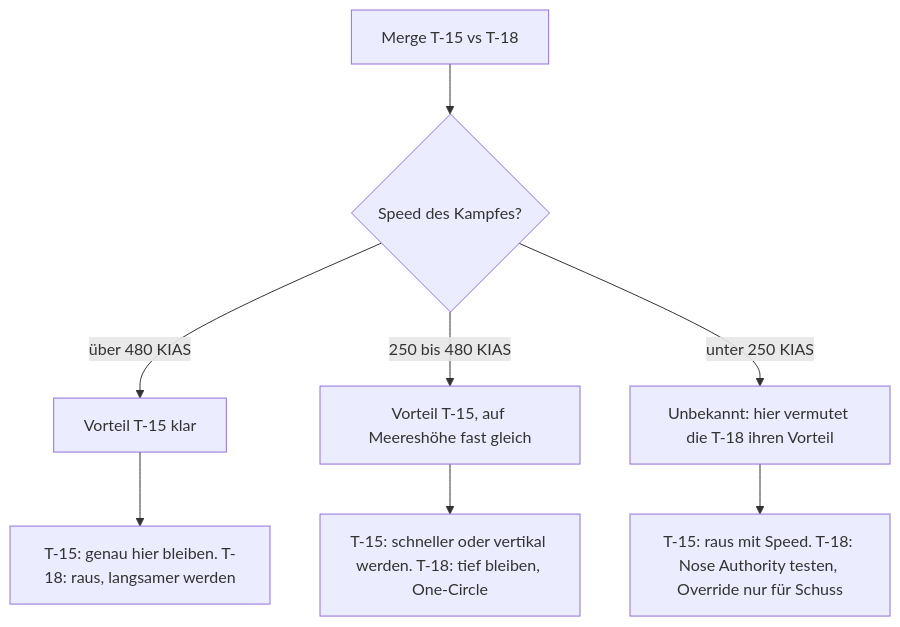
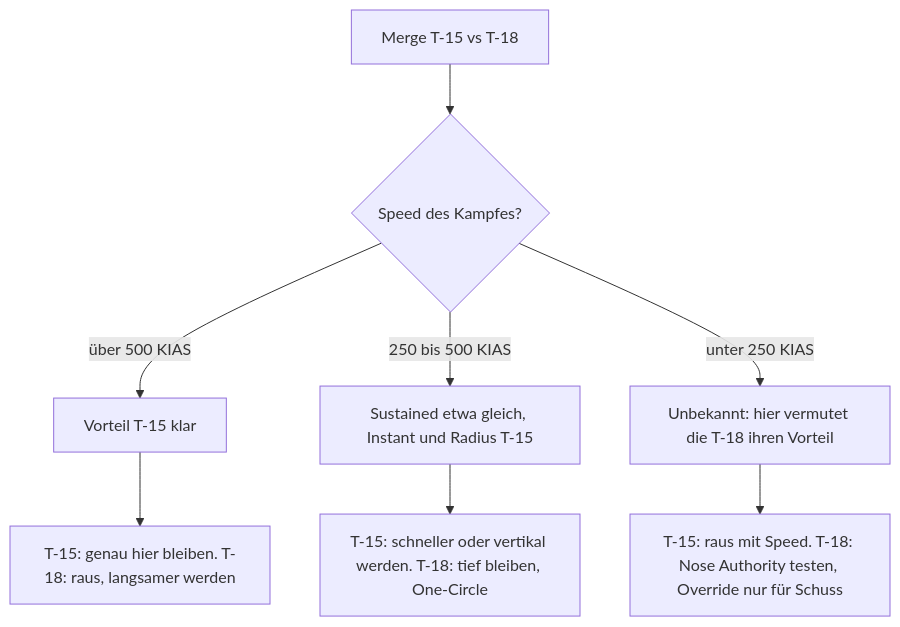
One commit to lukaio3D/VFM_Wiki changed the diagram in docs/flugzeuge/matchups/t15-vs-t18.md. Above: the diagram before and after it, drawn with Mermaid. The commit also changed other lines of this file and 8 other files, not shown here.

````diff
--- a/docs/flugzeuge/matchups/t15-vs-t18.md
+++ b/docs/flugzeuge/matchups/t15-vs-t18.md
@@ -119,10 +119,10 @@
 ```mermaid
 flowchart TD
     A[Merge T-15 vs T-18] --> B{Speed des Kampfes?}
-    B -->|über 480 KIAS| C[Vorteil T-15 klar]
-    B -->|250 bis 480 KIAS| D[Vorteil T-15, auf Meereshöhe fast gleich]
+    B -->|über 500 KIAS| C[Vorteil T-15 klar]
+    B -->|250 bis 500 KIAS| D[Sustained etwa gleich, Instant und Radius T-15]
     B -->|unter 250 KIAS| E[Unbekannt: hier vermutet die T-18 ihren Vorteil]
     C --> F[T-15: genau hier bleiben. T-18: raus, langsamer werden]
     D --> G[T-15: schneller oder vertikal werden. T-18: tief bleiben, One-Circle]
     E --> H[T-15: raus mit Speed. T-18: Nose Authority testen, Override nur für Schuss]
 ```
````
